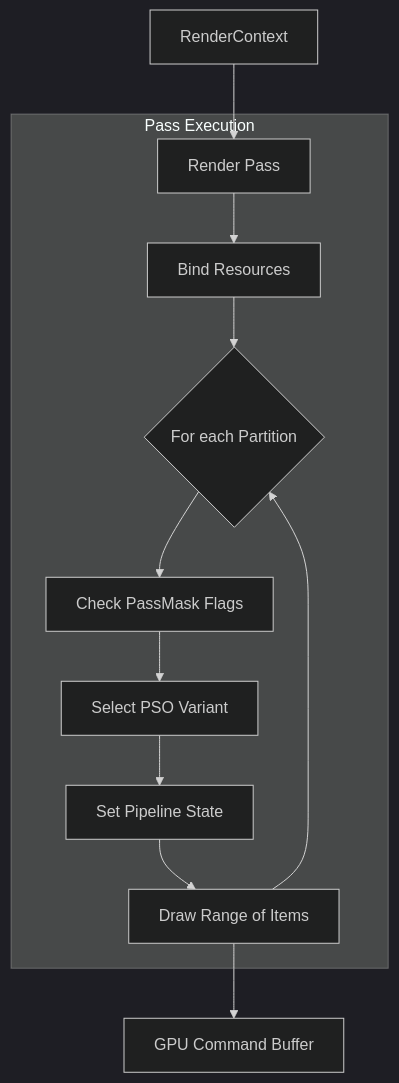
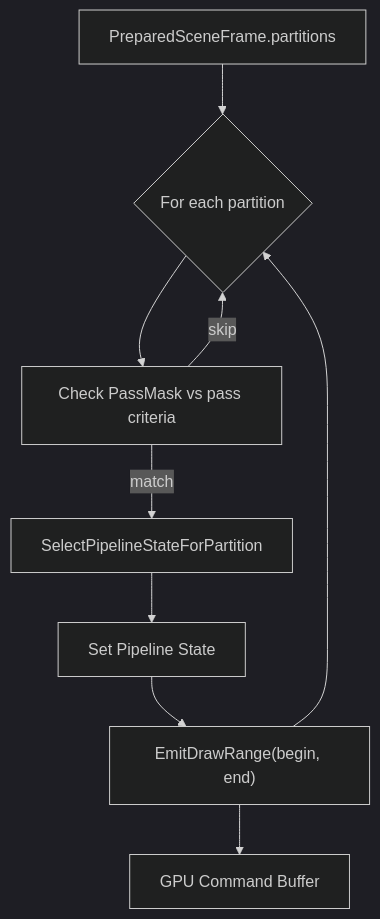
The sixth of 7 diagrams in projects/Oxygen.Engine/src/Oxygen/Renderer/Docs/passes/data_flow.md (abdes/DroidNet), drawn with Mermaid (dark theme) before and after one commit. The commit also changed other lines of this file and 1 other file, not shown here.

````diff
--- a/projects/Oxygen.Engine/src/Oxygen/Renderer/Docs/passes/data_flow.md
+++ b/projects/Oxygen.Engine/src/Oxygen/Renderer/Docs/passes/data_flow.md
@@ -211,16 +321,11 @@
 ```mermaid
-graph TB
-    RenderCtx[RenderContext] --> Pass[Render Pass]
-
-    subgraph Pass Execution
-        Pass --> Bind[Bind Resources]
-        Bind --> Partition{For each Partition}
-        Partition --> CheckFlags[Check PassMask Flags]
-        CheckFlags --> SelectPSO[Select PSO Variant]
-        SelectPSO --> SetPSO[Set Pipeline State]
-        SetPSO --> DrawRange[Draw Range of Items]
-        DrawRange --> Partition
-    end
-
-    DrawRange --> GPU[GPU Command Buffer]
+flowchart TB
+    PSF["PreparedSceneFrame.partitions"] --> Loop{For each partition}
+    Loop --> Check["Check PassMask vs pass criteria"]
+    Check -->|match| Select["SelectPipelineStateForPartition"]
+    Check -->|skip| Loop
+    Select --> SetPSO["Set Pipeline State"]
+    SetPSO --> Draw["EmitDrawRange(begin, end)"]
+    Draw --> Loop
+    Draw --> GPU["GPU Command Buffer"]
 ```
````
